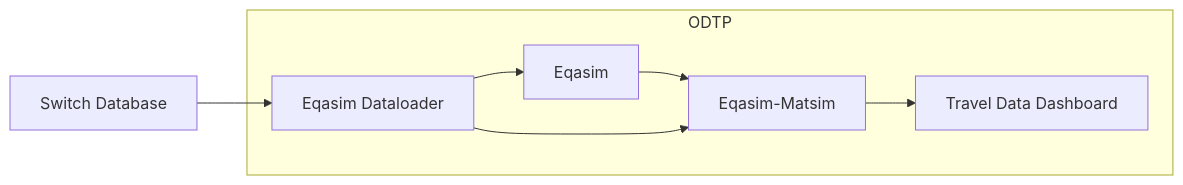
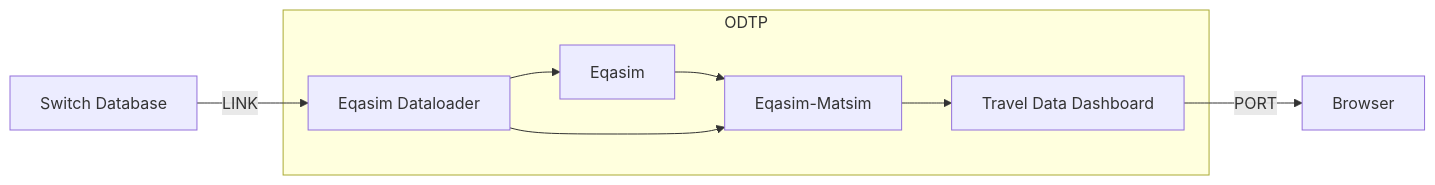
The diagram in README.md (odtp-org/dt-corsica-mobility), drawn with Mermaid before and after one commit.

Commit message:
doc: Enhanced diagram

````diff
--- a/README.md
+++ b/README.md
@@ -5,11 +5,13 @@
 ```mermaid
 graph LR
-    SwitchDatabase[Switch Database] --> EqasimDataloader[Eqasim Dataloader]
+    SwitchDatabase[Switch Database] -- LINK --> EqasimDataloader[Eqasim Dataloader]
 
     subgraph ODTP
         EqasimDataloader --> Eqasim
         Eqasim --> EqasimMatsim[Eqasim-Matsim]
         EqasimDataloader --> EqasimMatsim
         EqasimMatsim --> TravelDataDashboard[Travel Data Dashboard]
     end
+
+    TravelDataDashboard -- PORT --> Browser[Browser]
 ```
````
